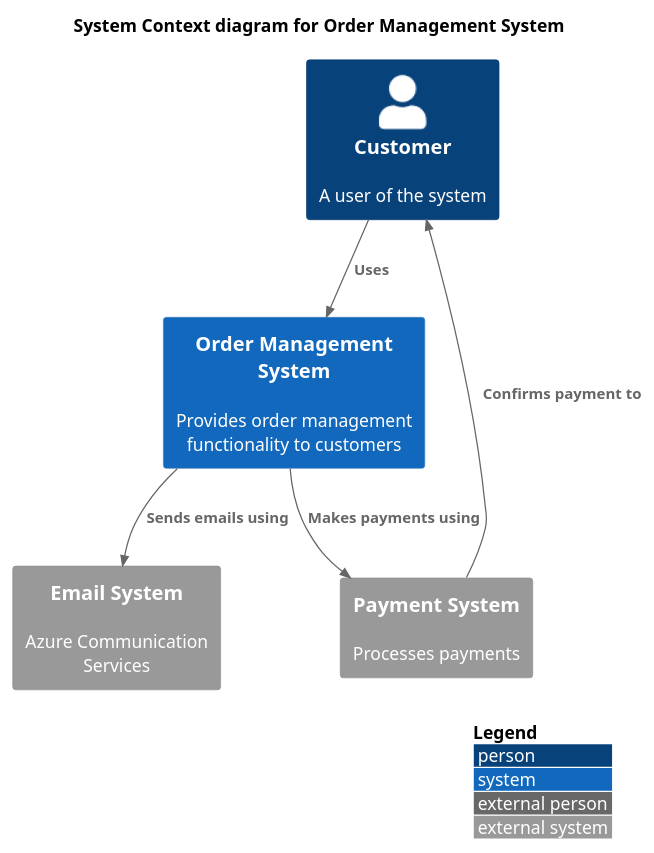
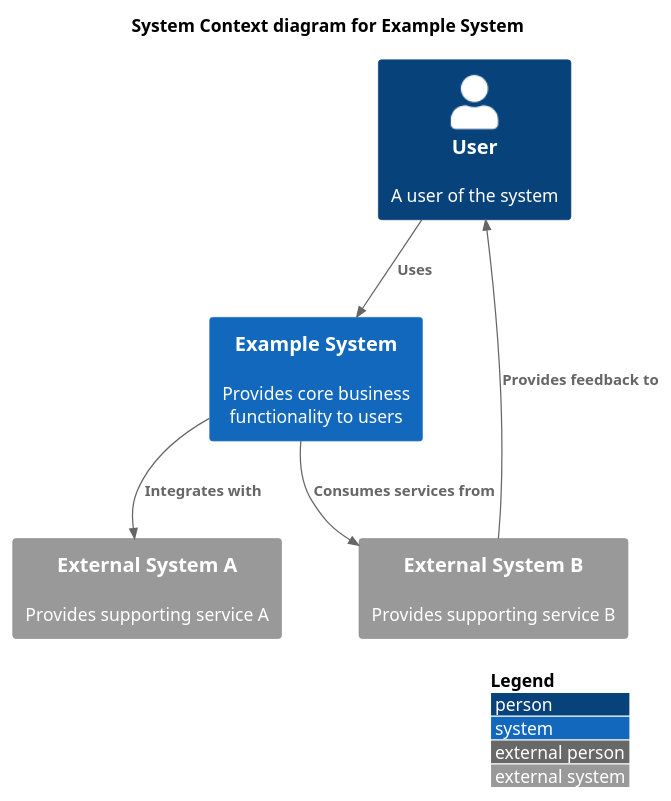
Before and after one commit to sjefvanleeuwen/architecture: the diagram in diagrams/c4_context.puml, drawn with PlantUML. The commit also changed 17 other files, not shown here.

```diff
--- a/diagrams/c4_context.puml
+++ b/diagrams/c4_context.puml
@@ -1,18 +1,18 @@
 @startuml C4_Context
 !include https://raw.githubusercontent.com/plantuml-stdlib/C4-PlantUML/master/C4_Context.puml
 
 LAYOUT_WITH_LEGEND()
 
-title System Context diagram for Order Management System
+title System Context diagram for Example System
 
-Person(customer, "Customer", "A user of the system")
-System(systemAliasName, "Order Management System", "Provides order management functionality to customers")
-System_Ext(emailSystem, "Email System", "Azure Communication Services")
-System_Ext(paymentSystem, "Payment System", "Processes payments")
+Person(customer, "User", "A user of the system")
+System(systemAliasName, "Example System", "Provides core business functionality to users")
+System_Ext(externalSystem1, "External System A", "Provides supporting service A")
+System_Ext(externalSystem2, "External System B", "Provides supporting service B")
 
 Rel(customer, systemAliasName, "Uses")
-Rel(systemAliasName, emailSystem, "Sends emails using")
-Rel(systemAliasName, paymentSystem, "Makes payments using")
-Rel(paymentSystem, customer, "Confirms payment to")
+Rel(systemAliasName, externalSystem1, "Integrates with")
+Rel(systemAliasName, externalSystem2, "Consumes services from")
+Rel(externalSystem2, customer, "Provides feedback to")
 
 @enduml
```
